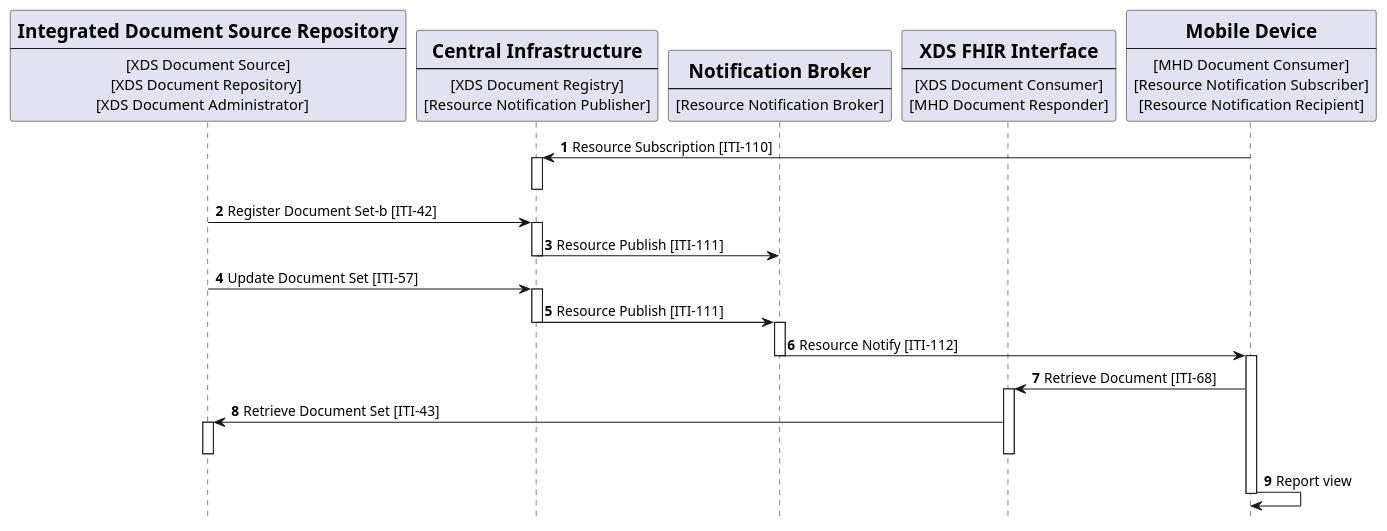
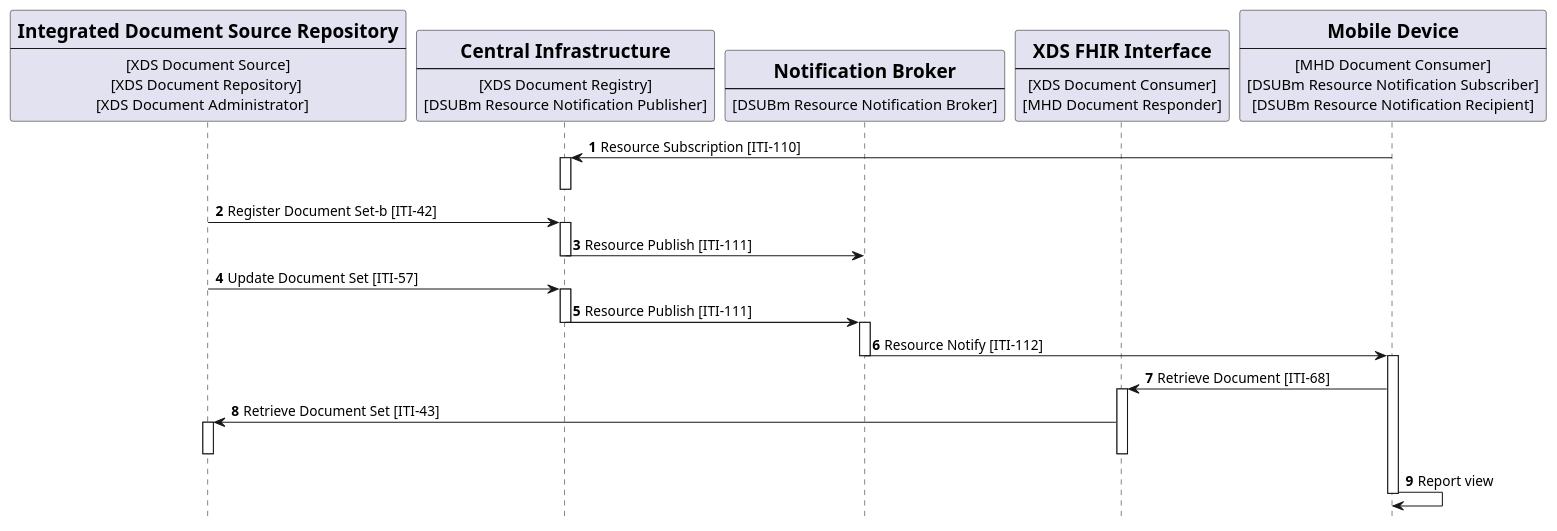
One commit to IHE/ITI.DSUBm changed the diagram in input/images-source/usecase6-processflow.plantuml. Above: the diagram before and after it, drawn with PlantUML. The commit also changed 7 other files, not shown here.

Commit message:
update vol1 uml

```diff
--- a/input/images-source/usecase6-processflow.plantuml
+++ b/input/images-source/usecase6-processflow.plantuml
@@ -1,70 +1,70 @@
 @startuml
 skinparam svgDimensionStyle false
 hide footbox
 /'title "Subscription with DSUBm on MHD on FHIR infrastructure from Mobile Device" '/
 
 participant Repository [
     =Integrated Document Source Repository
     ----
     [XDS Document Source]
     [XDS Document Repository] 
     [XDS Document Administrator]   
 ] 
 
 participant Central [
     =Central Infrastructure
     ----
     [XDS Document Registry]
-    [Resource Notification Publisher]
+    [DSUBm Resource Notification Publisher]
 ] 
 
 participant Broker [
     =Notification Broker
     ----
-    [Resource Notification Broker]
+    [DSUBm Resource Notification Broker]
 ] 
 
 participant XDSonFHIR [
     =XDS FHIR Interface
     ----
     [XDS Document Consumer]
     [MHD Document Responder]
 ] 
 
 participant MobileDevice [
     =Mobile Device
     ----
     [MHD Document Consumer]
-    [Resource Notification Subscriber]
-    [Resource Notification Recipient]
+    [DSUBm Resource Notification Subscriber]
+    [DSUBm Resource Notification Recipient]
 ] 
 autonumber 1 "<b>"
 MobileDevice -> Central: Resource Subscription [ITI-110]
 activate Central
 deactivate Central
 
 
 Repository -> Central: Register Document Set-b [ITI-42]
 activate Central
 Central -> Broker :  Resource Publish [ITI-111]
 deactivate Central
 
 Repository -> Central: Update Document Set [ITI-57]
 activate Central
 Central -> Broker :  Resource Publish [ITI-111]
 deactivate Central
 activate Broker
 Broker -> MobileDevice: Resource Notify [ITI-112]
 deactivate Broker
 activate MobileDevice
 MobileDevice -> XDSonFHIR: Retrieve Document [ITI-68]
 activate XDSonFHIR
 XDSonFHIR -> Repository: Retrieve Document Set [ITI-43]
 activate Repository
 deactivate XDSonFHIR
 deactivate Repository
 MobileDevice -> MobileDevice: Report view
 deactivate MobileDevice
 
 
 @enduml
```
